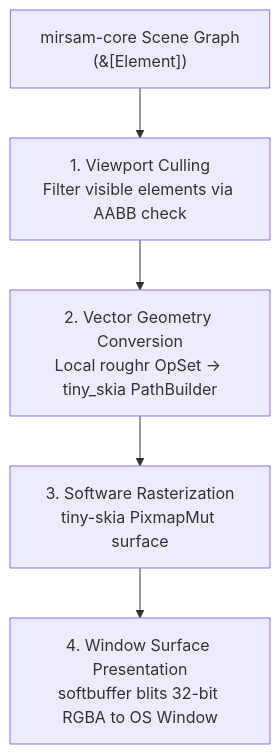
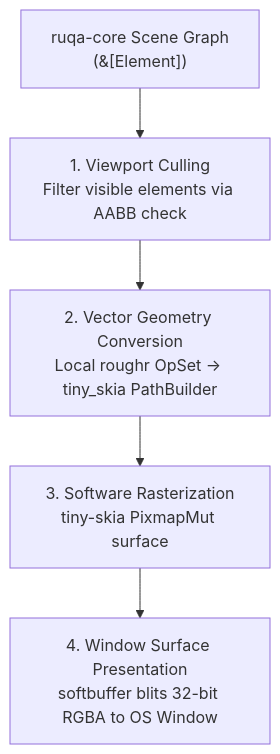
The diagram in docs/architecture/rendering.md (abdulrahmanhossam/ruqa), drawn with Mermaid before and after one commit. The commit also changed other lines of this file and 50 other files, not shown here.

````diff
--- a/docs/architecture/rendering.md
+++ b/docs/architecture/rendering.md
@@ -12,7 +12,7 @@
 ```mermaid
 flowchart TD
-    Scene["mirsam-core Scene Graph<br/>(&[Element])"] --> Cull["1. Viewport Culling<br/>Filter visible elements via AABB check"]
+    Scene["ruqa-core Scene Graph<br/>(&[Element])"] --> Cull["1. Viewport Culling<br/>Filter visible elements via AABB check"]
     Cull --> Convert["2. Vector Geometry Conversion<br/>Local roughr OpSet -> tiny_skia PathBuilder"]
     Convert --> Raster["3. Software Rasterization<br/>tiny-skia PixmapMut surface"]
     Raster --> Blit["4. Window Surface Presentation<br/>softbuffer blits 32-bit RGBA to OS Window"]
 ```
````
